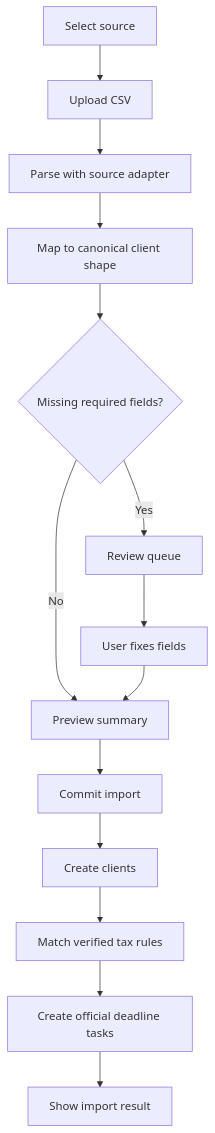
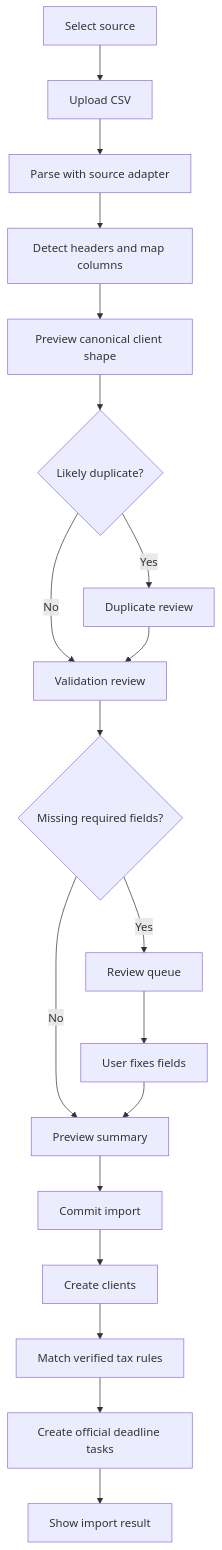
Before and after one commit to Yessenia-d/DueDateHQ: the diagram in specs/csv-imports.md, drawn with Mermaid. The commit also changed other lines of this file and 36 other files, not shown here.

````diff
--- a/specs/csv-imports.md
+++ b/specs/csv-imports.md
@@ -21,16 +22,21 @@
 ```mermaid
 flowchart TD
   A[Select source] --> B[Upload CSV]
   B --> C[Parse with source adapter]
-  C --> D[Map to canonical client shape]
-  D --> E{Missing required fields?}
-  E -- Yes --> F[Review queue]
+  C --> D[Detect headers and map columns]
+  D --> E[Preview canonical client shape]
+  E --> N{Likely duplicate?}
+  N -- Yes --> O[Duplicate review]
+  N -- No --> P[Validation review]
+  O --> P
+  P --> Q{Missing required fields?}
+  Q -- Yes --> F[Review queue]
   F --> G[User fixes fields]
-  E -- No --> H[Preview summary]
+  Q -- No --> H[Preview summary]
   G --> H
   H --> I[Commit import]
   I --> J[Create clients]
   J --> K[Match verified tax rules]
   K --> L[Create official deadline tasks]
   L --> M[Show import result]
 ```
````
